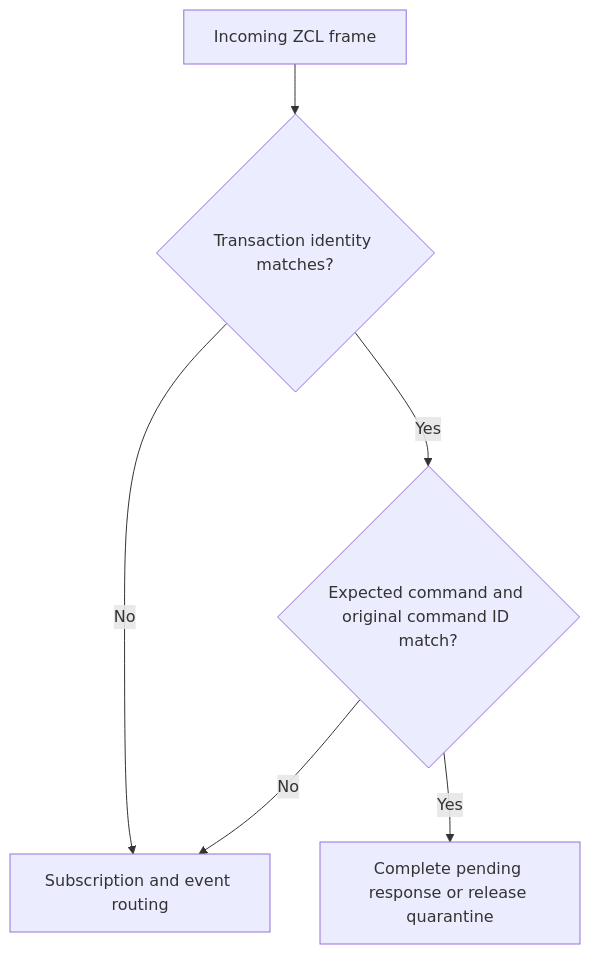
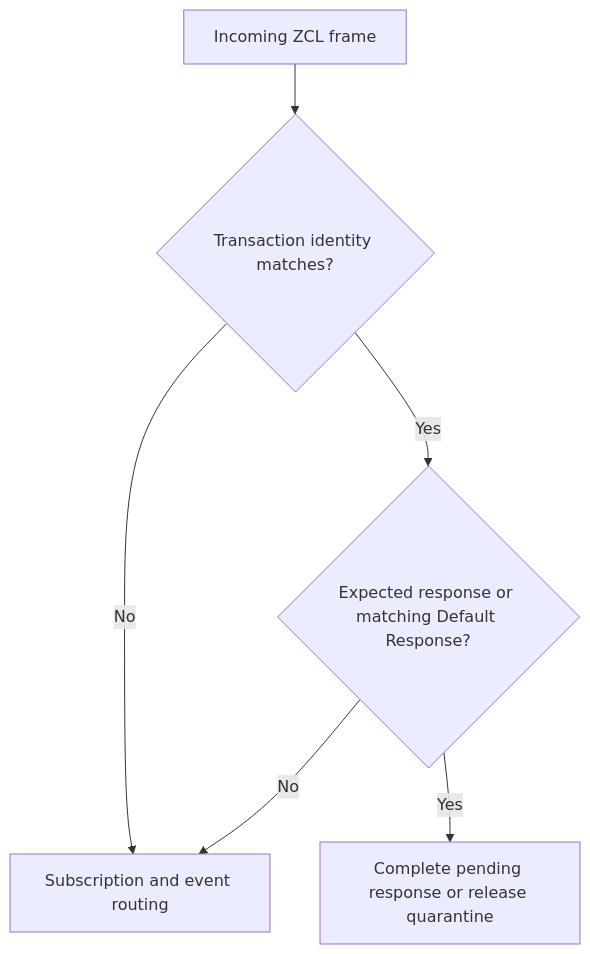
Before and after one commit to PaulmannLighting/apis-saltans: the third of 5 diagrams in coordinator/ARCHITECTURE.md, drawn with Mermaid. The commit also changed other lines of this file and 13 other files, not shown here.

````diff
--- a/coordinator/ARCHITECTURE.md
+++ b/coordinator/ARCHITECTURE.md
@@ -343,8 +356,8 @@
 ```mermaid
 flowchart TD
     Received[Incoming ZCL frame] --> Identity{Transaction identity matches?}
     Identity -->|No| Route[Subscription and event routing]
-    Identity -->|Yes| Expected{Expected command and original command ID match?}
+    Identity -->|Yes| Expected{Expected response or matching Default Response?}
     Expected -->|No| Route
     Expected -->|Yes| Consume[Complete pending response or release quarantine]
 ```
````
